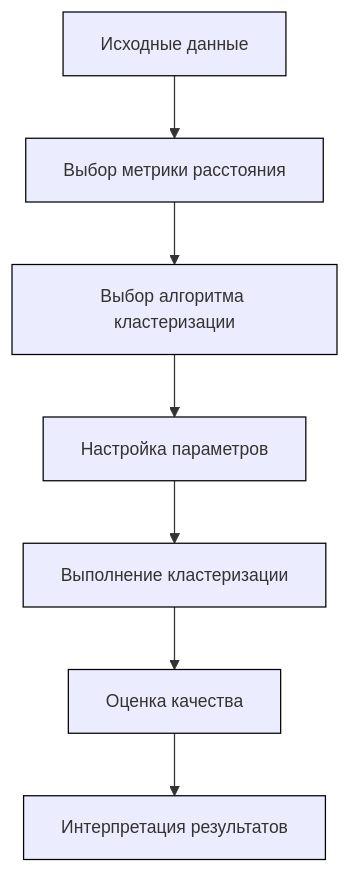
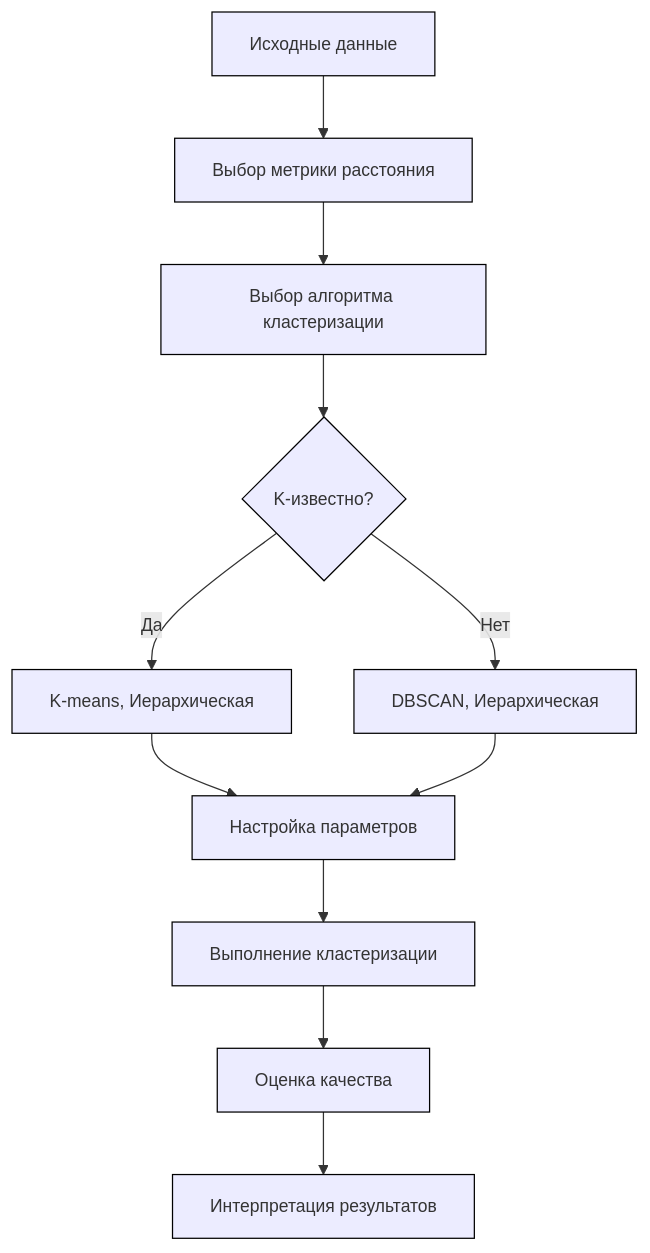
One commit to Jrol123/obsidian-dvfu changed the second of 2 diagrams in Введение в ИИ/Коллоквиумы/Коллоквиум 1.md. Above: the diagram before and after it, drawn with Mermaid.

Commit message:
vault backup: 2025-12-01 19:44:07

````diff
--- a/Введение в ИИ/Коллоквиумы/Коллоквиум 1.md
+++ b/Введение в ИИ/Коллоквиумы/Коллоквиум 1.md
@@ -743,10 +743,14 @@
 ```mermaid
 %%{init: {'themeVariables': { 'fontSize': '14px', 'nodeBorder': '#000', 'clusterBkg': 'white' }}}%%
 graph TB
     A[Исходные данные] --> B[Выбор метрики расстояния]
     B --> C[Выбор алгоритма кластеризации]
-    C --> D[Настройка параметров]
-    D --> E[Выполнение кластеризации]
-    E --> F[Оценка качества]
-    F --> G[Интерпретация результатов]
+    C --> D{K-известно?}
+    D -->|Да| E[K-means, Иерархическая]
+    D -->|Нет| F[DBSCAN, Иерархическая]
+    E --> G[Настройка параметров]
+    F --> G
+    G --> H[Выполнение кластеризации]
+    H --> I[Оценка качества]
+    I --> J[Интерпретация результатов]
 ```
````
